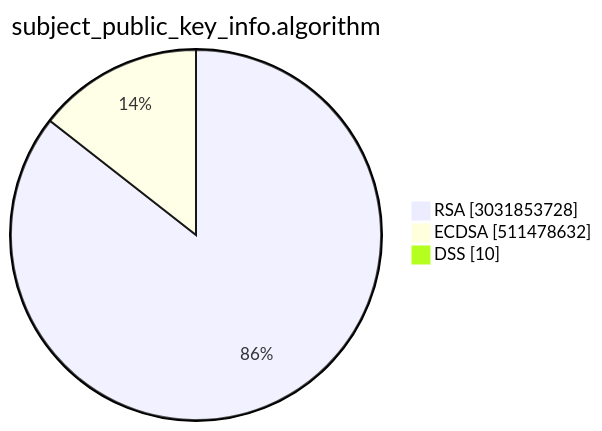
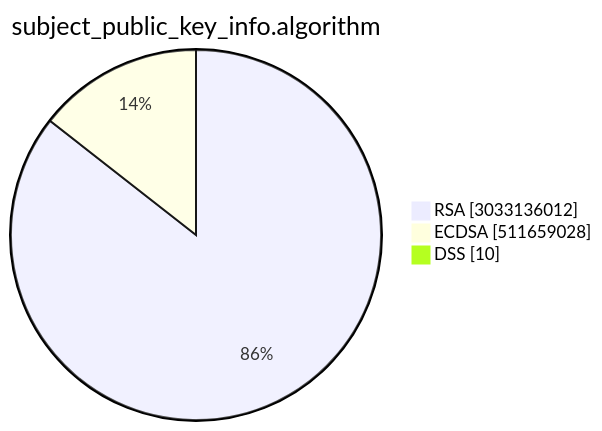
Before and after one commit to christiankrug/ctmonitor_visualization: the second of 15 diagrams in TOTAL/README.md, drawn with Mermaid. The commit also changed other lines of this file, not shown here.

````diff
--- a/TOTAL/README.md
+++ b/TOTAL/README.md
@@ -6,7 +6,7 @@
 ```mermaid
 pie showData
 title subject_public_key_info.algorithm
-"RSA" :3031853728
-"ECDSA" :511478632
+"RSA" :3033136012
+"ECDSA" :511659028
 "DSS" :10
 ```
````
